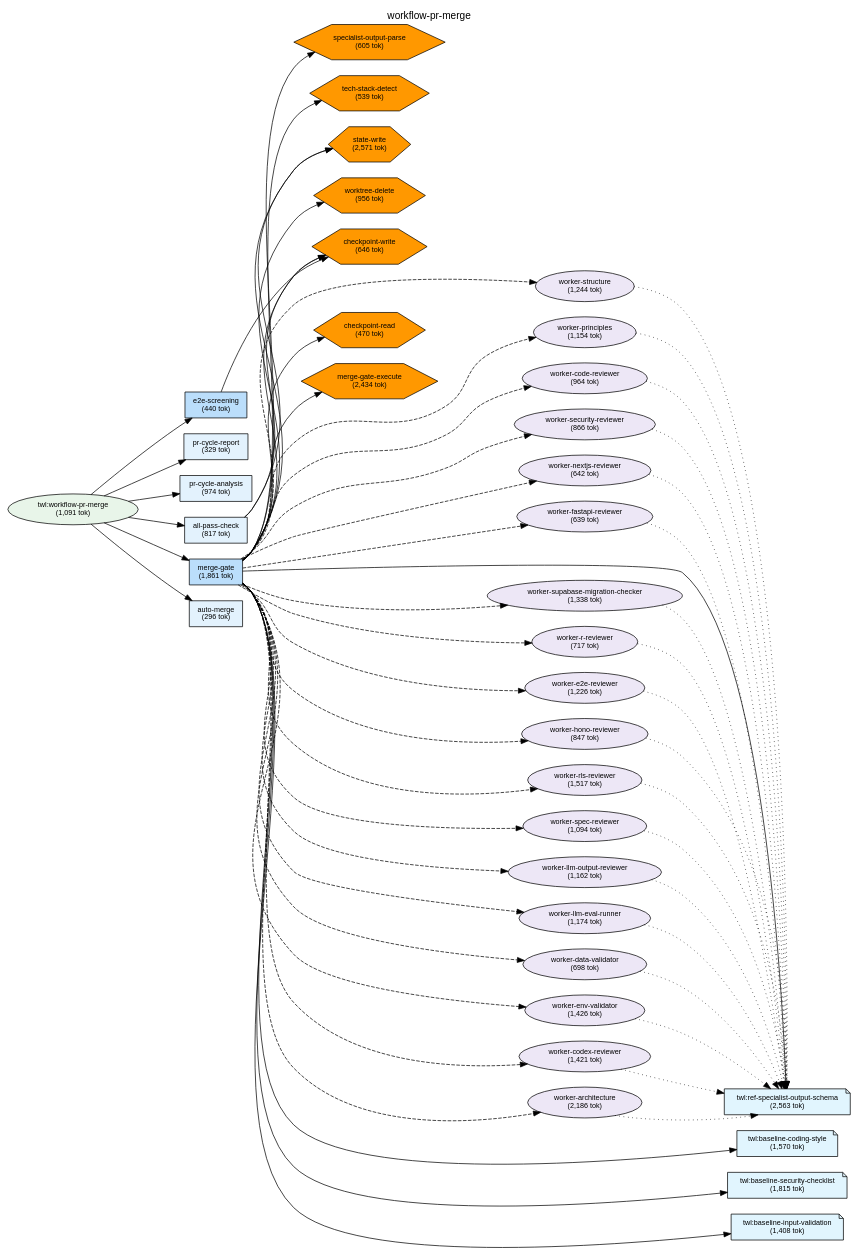
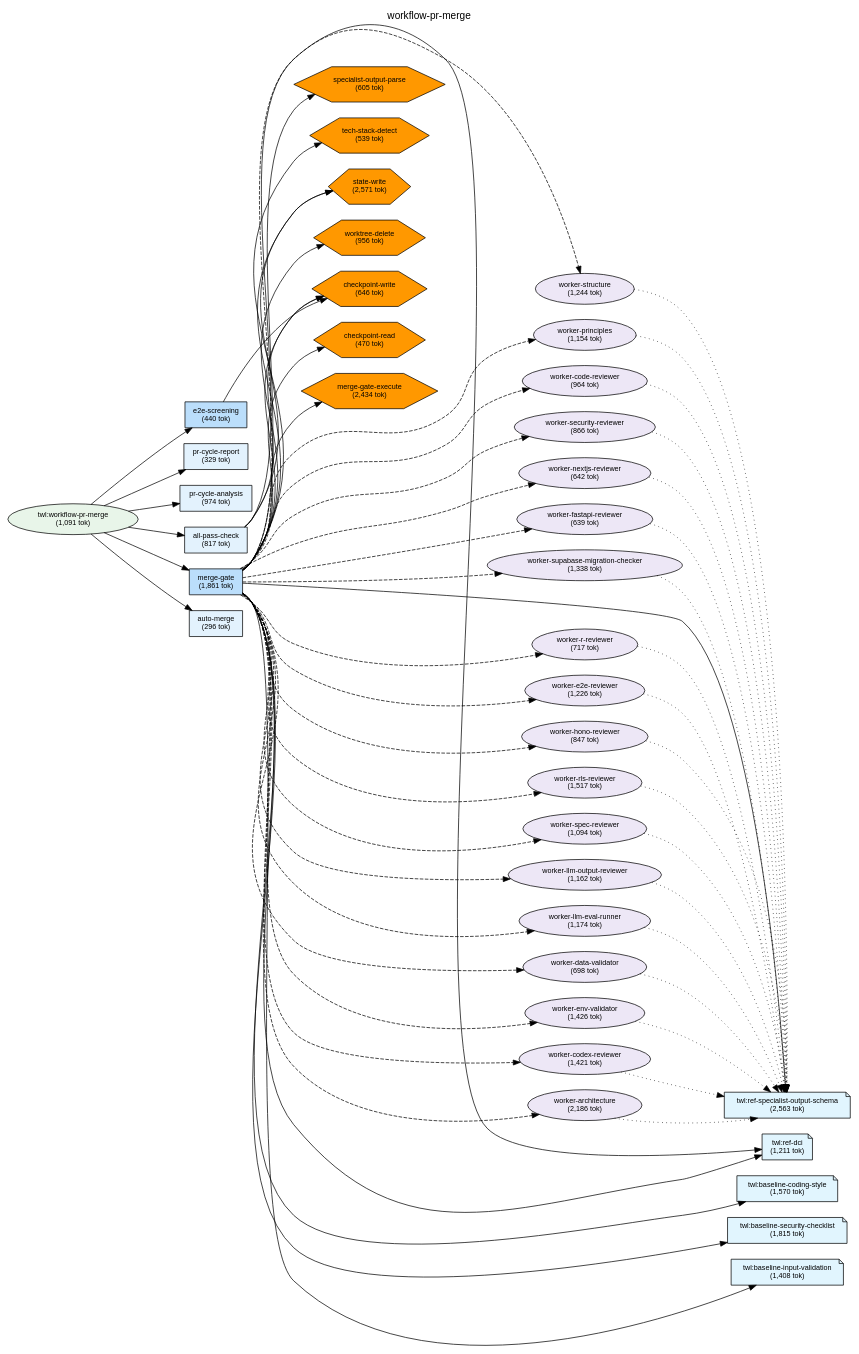
One commit to shuu5/twill changed the diagram in plugins/twl/docs/deps-workflow-pr-merge.dot. Above: the diagram before and after it, drawn with Graphviz. The commit also changed 20 other files, not shown here.

```diff
--- a/plugins/twl/docs/deps-workflow-pr-merge.dot
+++ b/plugins/twl/docs/deps-workflow-pr-merge.dot
@@ -19,6 +19,7 @@
 
     // Reference Skills
     skill_ref_specialist_output_schema [label="twl:ref-specialist-output-schema\n(2,563 tok)", shape=note, style=filled, fillcolor="#e1f5fe"];
+    skill_ref_dci [label="twl:ref-dci\n(1,211 tok)", shape=note, style=filled, fillcolor="#e1f5fe"];
     skill_baseline_coding_style [label="twl:baseline-coding-style\n(1,570 tok)", shape=note, style=filled, fillcolor="#e1f5fe"];
     skill_baseline_security_checklist [label="twl:baseline-security-checklist\n(1,815 tok)", shape=note, style=filled, fillcolor="#e1f5fe"];
     skill_baseline_input_validation [label="twl:baseline-input-validation\n(1,408 tok)", shape=note, style=filled, fillcolor="#e1f5fe"];
@@ -66,7 +67,7 @@
 
     // Layer constraints
     { rank=same; skill_workflow_pr_merge; }
-    { rank=same; skill_ref_specialist_output_schema; skill_baseline_coding_style; skill_baseline_security_checklist; skill_baseline_input_validation; }
+    { rank=same; skill_ref_specialist_output_schema; skill_ref_dci; skill_baseline_coding_style; skill_baseline_security_checklist; skill_baseline_input_validation; }
     { rank=same; cmd_pr_cycle_report; cmd_all_pass_check; cmd_e2e_screening; cmd_merge_gate; cmd_auto_merge; cmd_pr_cycle_analysis; }
     { rank=same; agent_worker_structure; agent_worker_principles; agent_worker_env_validator; agent_worker_rls_reviewer; agent_worker_supabase_migration_checker; agent_worker_data_validator; agent_worker_e2e_reviewer; agent_worker_spec_reviewer; agent_worker_codex_reviewer; agent_worker_code_reviewer; agent_worker_security_reviewer; agent_worker_nextjs_reviewer; agent_worker_fastapi_reviewer; agent_worker_hono_reviewer; agent_worker_r_reviewer; agent_worker_architecture; agent_worker_llm_output_reviewer; agent_worker_llm_eval_runner; }
     { rank=same; script_state_write; script_worktree_delete; script_tech_stack_detect; script_specialist_output_parse; script_merge_gate_execute; script_checkpoint_write; script_checkpoint_read; }
@@ -80,6 +81,7 @@
     skill_workflow_pr_merge -> cmd_auto_merge;
     cmd_all_pass_check -> script_state_write;
     cmd_all_pass_check -> script_checkpoint_write;
+    cmd_all_pass_check -> skill_ref_dci;
     cmd_e2e_screening -> script_checkpoint_write;
     cmd_merge_gate -> script_specialist_output_parse;
     cmd_merge_gate -> script_tech_stack_detect;
@@ -107,6 +109,7 @@
     cmd_merge_gate -> agent_worker_codex_reviewer [style=dashed];
     cmd_merge_gate -> agent_worker_architecture [style=dashed];
     cmd_merge_gate -> skill_ref_specialist_output_schema;
+    cmd_merge_gate -> skill_ref_dci;
     cmd_merge_gate -> skill_baseline_coding_style;
     cmd_merge_gate -> skill_baseline_security_checklist;
     cmd_merge_gate -> skill_baseline_input_validation;
@@ -136,6 +139,7 @@
     cmd_all_pass_check -> cmd_merge_gate [style=invis, weight=10];
     cmd_merge_gate -> cmd_auto_merge [style=invis, weight=10];
     script_state_write -> script_checkpoint_write [style=invis, weight=10];
+    script_checkpoint_write -> skill_ref_dci [style=invis, weight=10];
     agent_worker_structure -> agent_worker_principles [style=invis, weight=10];
     agent_worker_principles -> agent_worker_architecture [style=invis, weight=10];
     agent_worker_architecture -> skill_ref_specialist_output_schema [style=invis, weight=10];
@@ -190,7 +194,8 @@
     agent_worker_env_validator -> agent_worker_codex_reviewer [style=invis, weight=10];
     agent_worker_codex_reviewer -> agent_worker_architecture [style=invis, weight=10];
     agent_worker_architecture -> skill_ref_specialist_output_schema [style=invis, weight=10];
-    skill_ref_specialist_output_schema -> skill_baseline_coding_style [style=invis, weight=10];
+    skill_ref_specialist_output_schema -> skill_ref_dci [style=invis, weight=10];
+    skill_ref_dci -> skill_baseline_coding_style [style=invis, weight=10];
     skill_baseline_coding_style -> skill_baseline_security_checklist [style=invis, weight=10];
     skill_baseline_security_checklist -> skill_baseline_input_validation [style=invis, weight=10];
 
```
